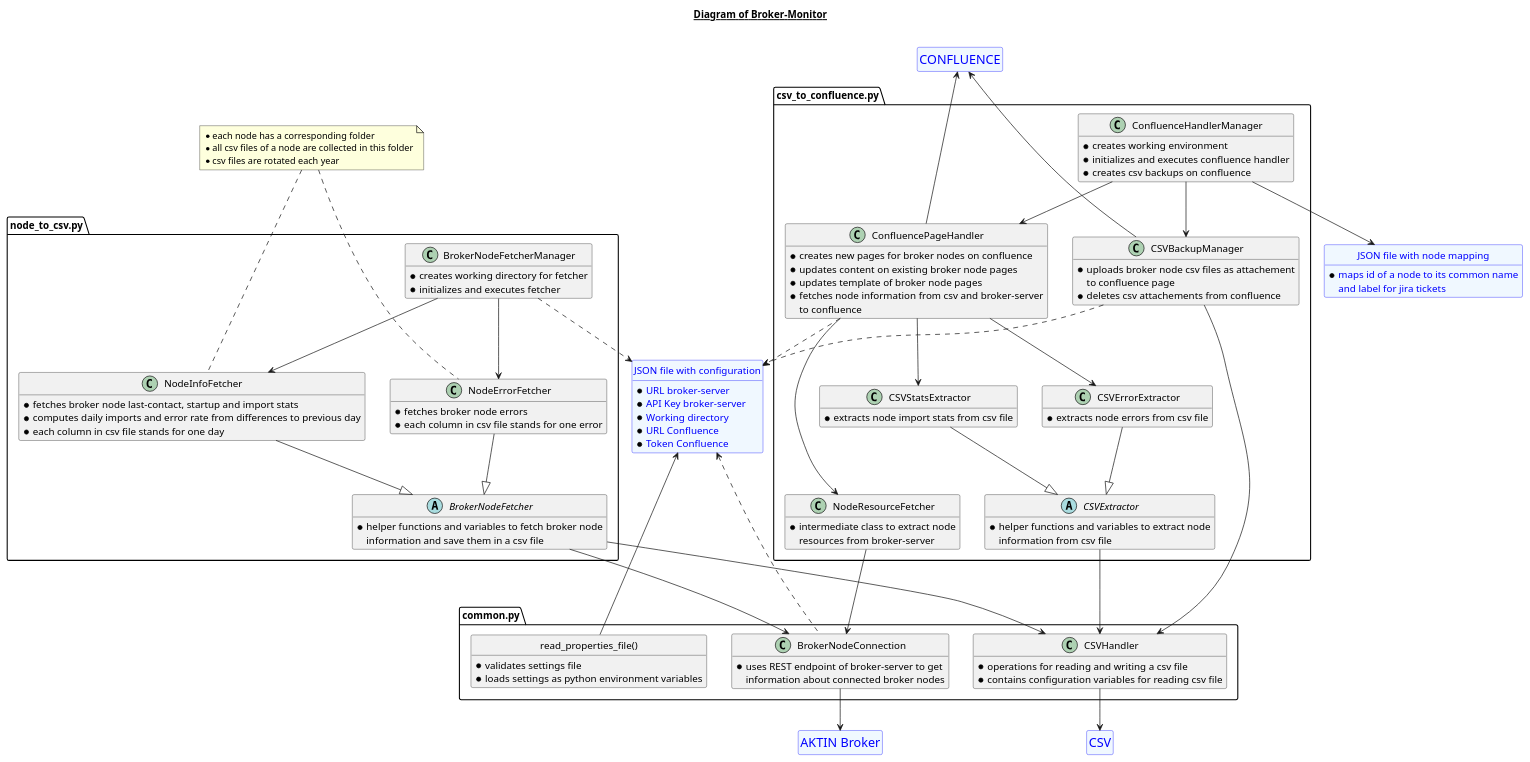
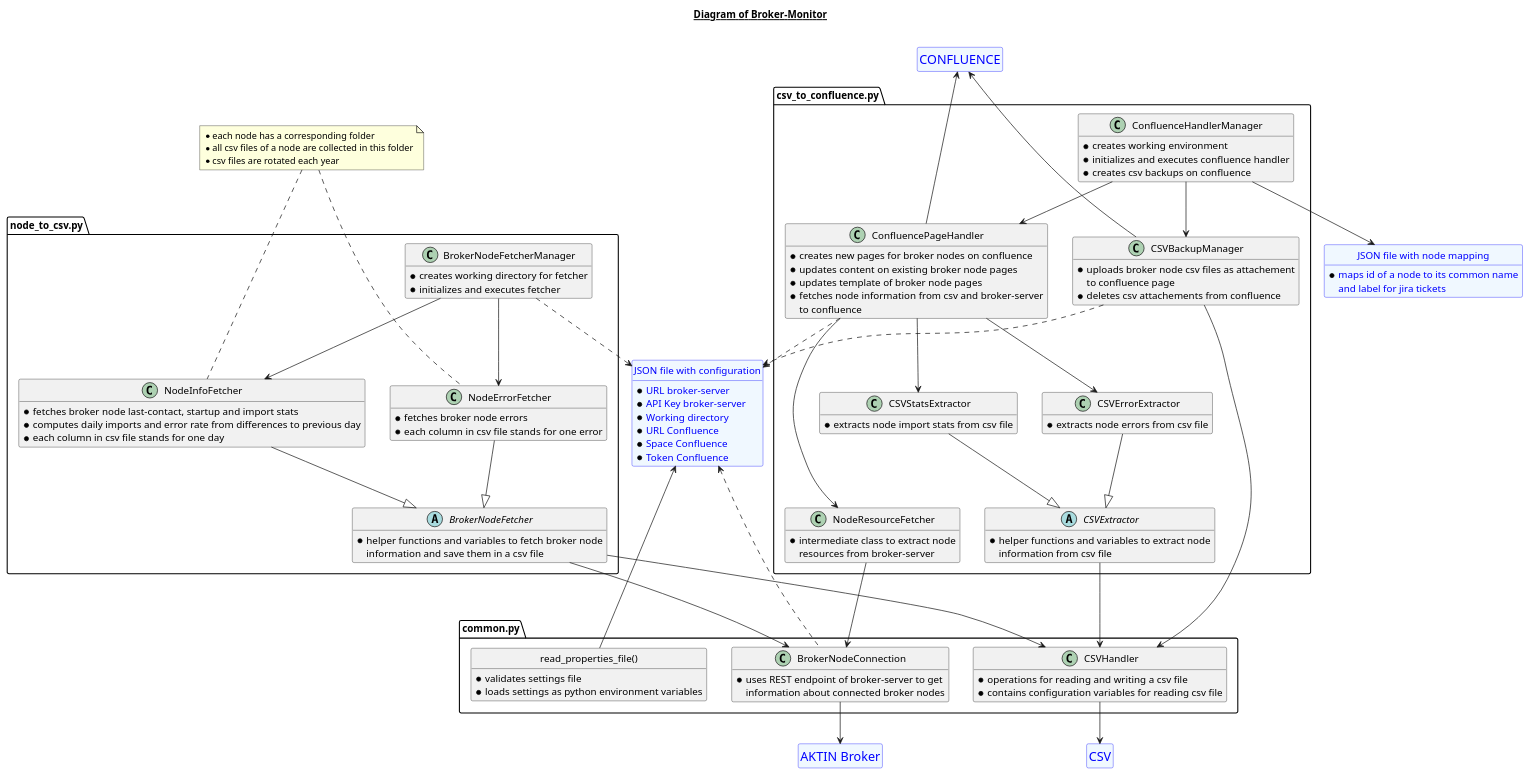
Before and after one commit to alexkombie/AKTIN_broker_monitor: the diagram in docs/architecture/broker-monitor.puml, drawn with PlantUML. The commit also changed 2 other files, not shown here.

```diff
--- a/docs/architecture/broker-monitor.puml
+++ b/docs/architecture/broker-monitor.puml
@@ -1,152 +1,153 @@
 @startuml
 hide methods
 
 title __Diagram of Broker-Monitor__\n
 
 entity "<size:18>AKTIN Broker</size>" as broker
 entity broker #aliceblue;line:blue;text:blue
 hide broker members
 hide broker circle
 
 entity "<size:18>CSV</size>" as csv
 entity csv #aliceblue;line:blue;text:blue
 hide csv members
 hide csv circle
 
 entity "<size:18>CONFLUENCE</size>" as confluence
 entity confluence #aliceblue;line:blue;text:blue
 hide confluence members
 hide confluence circle
 
 entity "JSON file with configuration" as settings {
 * URL broker-server
 * API Key broker-server
 * Working directory
 * URL Confluence
+* Space Confluence
 * Token Confluence
 }
 entity settings #aliceblue;line:blue;text:blue
 hide settings circle
 
 entity "JSON file with node mapping" as mapping {
 * maps id of a node to its common name
 and label for jira tickets
 }
 entity mapping #aliceblue;line:blue;text:blue
 hide mapping circle
 
 package "node_to_csv.py" as node_to_csv <<Package>> {
 class BrokerNodeFetcherManager {
 * creates working directory for fetcher
 * initializes and executes fetcher
 }
 
 abstract class BrokerNodeFetcher {
 * helper functions and variables to fetch broker node
 information and save them in a csv file
 }
 
 class NodeErrorFetcher {
 * fetches broker node errors
 * each column in csv file stands for one error
 }
 
 class NodeInfoFetcher {
 * fetches broker node last-contact, startup and import stats
 * computes daily imports and error rate from differences to previous day
 * each column in csv file stands for one day
 }
 }
 
 package "common.py" as common <<Package>> {
 class "read_properties_file()" as read_properties {
 * validates settings file
 * loads settings as python environment variables
 }
 hide read_properties circle
 
 class BrokerNodeConnection {
 * uses REST endpoint of broker-server to get
 information about connected broker nodes
 }
 
 class CSVHandler {
 * operations for reading and writing a csv file
 * contains configuration variables for reading csv file
 }
 }
 
 package "csv_to_confluence.py" as csv_to_confluence {
 abstract class CSVExtractor {
 * helper functions and variables to extract node
 information from csv file
 }
 
 class CSVStatsExtractor {
 * extracts node import stats from csv file
 }
 
 class CSVErrorExtractor {
 * extracts node errors from csv file
 }
 
 class CSVBackupManager {
 * uploads broker node csv files as attachement
 to confluence page
 * deletes csv attachements from confluence
 }
 
 class NodeResourceFetcher {
 * intermediate class to extract node
 resources from broker-server
 }
 
 class ConfluencePageHandler {
 * creates new pages for broker nodes on confluence
 * updates content on existing broker node pages
 * updates template of broker node pages
 * fetches node information from csv and broker-server
 to confluence
 }
 
 class ConfluenceHandlerManager {
 * creates working environment
 * initializes and executes confluence handler
 * creates csv backups on confluence
 }
 }
 
 note "* each node has a corresponding folder\n* all csv files of a node are collected in this folder\n* csv files are rotated each year" as N1
 NodeErrorFetcher .u.. N1
 NodeInfoFetcher .u.. N1
 
 BrokerNodeFetcherManager ..> settings
 BrokerNodeFetcherManager --> NodeInfoFetcher
 BrokerNodeFetcherManager --> NodeErrorFetcher
 NodeInfoFetcher --|> BrokerNodeFetcher
 NodeErrorFetcher --|> BrokerNodeFetcher
 BrokerNodeFetcher ---> CSVHandler
 BrokerNodeFetcher ---> BrokerNodeConnection
 
 ConfluenceHandlerManager --> CSVBackupManager
 ConfluenceHandlerManager --> ConfluencePageHandler
 ConfluenceHandlerManager --> mapping
 CSVBackupManager --> CSVHandler
 CSVBackupManager -u--> confluence
 CSVBackupManager ..> settings
 ConfluencePageHandler -u--> confluence
 ConfluencePageHandler ..> settings
 ConfluencePageHandler ---> NodeResourceFetcher
 NodeResourceFetcher ---> BrokerNodeConnection
 ConfluencePageHandler --> CSVErrorExtractor
 ConfluencePageHandler --> CSVStatsExtractor
 CSVStatsExtractor --|> CSVExtractor
 CSVErrorExtractor --|> CSVExtractor
 CSVExtractor --> CSVHandler
 
 read_properties -u-> settings
 CSVHandler --> csv
 BrokerNodeConnection --> broker
 BrokerNodeConnection .u.> settings
 
 @enduml
```
